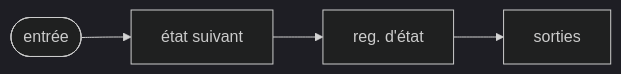
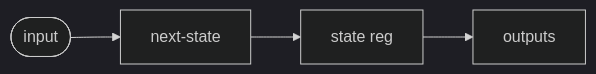
Before and after one commit to Kmila9s/Kmila: the first of 2 diagrams in Kmila.Shared/wwwroot/Learn/fr/fsm/01-mealy-vs-moore.md, drawn with Mermaid (dark theme). The commit also changed other lines of this file and 207 other files, not shown here.

````diff
--- a/Kmila.Shared/wwwroot/Learn/fr/fsm/01-mealy-vs-moore.md
+++ b/Kmila.Shared/wwwroot/Learn/fr/fsm/01-mealy-vs-moore.md
@@ -13,6 +13,6 @@
 ```mermaid
 flowchart LR
-    IN([entrée]) --> NS["état suivant"]
-    NS --> SR["reg. d'état"]
-    SR --> OUT["sorties"]
+    IN([input]) --> NS["next-state"]
+    NS --> SR["state reg"]
+    SR --> OUT["outputs"]
 ```
````
